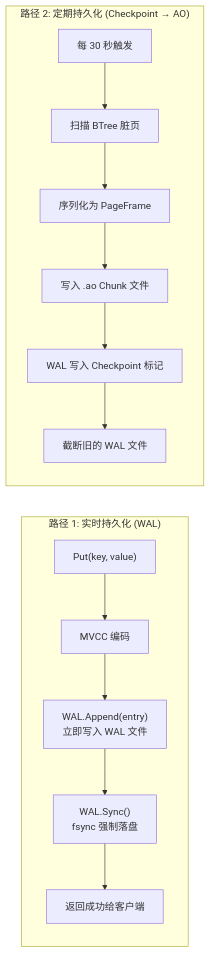
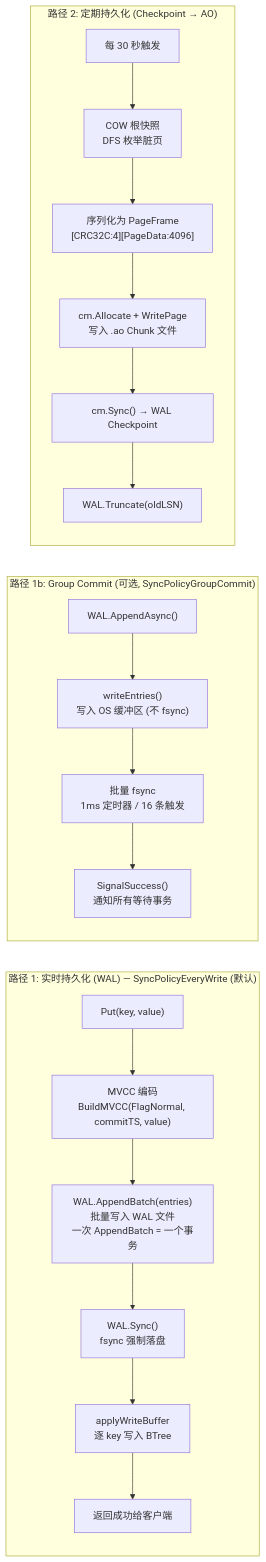
Before and after one commit to jzhang405/NexKV: the third of 40 diagrams in docs/07_spike/btree-refactor/2026-05-23-persistence-architecture-comprehensive-guide.md, drawn with Mermaid. The commit also changed other lines of this file, not shown here.

First line of the commit message:
docs(spike): 修正 WAL 同步策略描述 + Lealone 对比

````diff
--- a/docs/07_spike/btree-refactor/2026-05-23-persistence-architecture-comprehensive-guide.md
+++ b/docs/07_spike/btree-refactor/2026-05-23-persistence-architecture-comprehensive-guide.md
@@ -119,19 +119,27 @@
 ```mermaid
 flowchart LR
-    subgraph Path1["路径 1: 实时持久化 (WAL)"]
+    subgraph Path1["路径 1: 实时持久化 (WAL) — SyncPolicyEveryWrite (默认)"]
         direction TB
-        A1["Put(key, value)"] --> A2["MVCC 编码"]
-        A2 --> A3["WAL.Append(entry)<br/>立即写入 WAL 文件"]
+        A1["Put(key, value)"] --> A2["MVCC 编码<br/>BuildMVCC(FlagNormal, commitTS, value)"]
+        A2 --> A3["WAL.AppendBatch(entries)<br/>批量写入 WAL 文件<br/>一次 AppendBatch = 一个事务"]
         A3 --> A4["WAL.Sync()<br/>fsync 强制落盘"]
-        A4 --> A5["返回成功给客户端"]
+        A4 --> A5["applyWriteBuffer<br/>逐 key 写入 BTree"]
+        A5 --> A6["返回成功给客户端"]
+    end
+    
+    subgraph Path1b["路径 1b: Group Commit (可选, SyncPolicyGroupCommit)"]
+        direction TB
+        G1["WAL.AppendAsync()"] --> G2["writeEntries()<br/>写入 OS 缓冲区 (不 fsync)"]
+        G2 --> G3["批量 fsync<br/>1ms 定时器 / 16 条触发"]
+        G3 --> G4["SignalSuccess()<br/>通知所有等待事务"]
     end
     
     subgraph Path2["路径 2: 定期持久化 (Checkpoint → AO)"]
         direction TB
-        B1["每 30 秒触发"] --> B2["扫描 BTree 脏页"]
-        B2 --> B3["序列化为 PageFrame"]
-        B3 --> B4["写入 .ao Chunk 文件"]
-        B4 --> B5["WAL 写入 Checkpoint 标记"]
-        B5 --> B6["截断旧的 WAL 文件"]
+        B1["每 30 秒触发"] --> B2["COW 根快照<br/>DFS 枚举脏页"]
+        B2 --> B3["序列化为 PageFrame<br/>[CRC32C:4][PageData:4096]"]
+        B3 --> B4["cm.Allocate + WritePage<br/>写入 .ao Chunk 文件"]
+        B4 --> B5["cm.Sync() → WAL Checkpoint"]
+        B5 --> B6["WAL.Truncate(oldLSN)"]
     end
 ```
````
